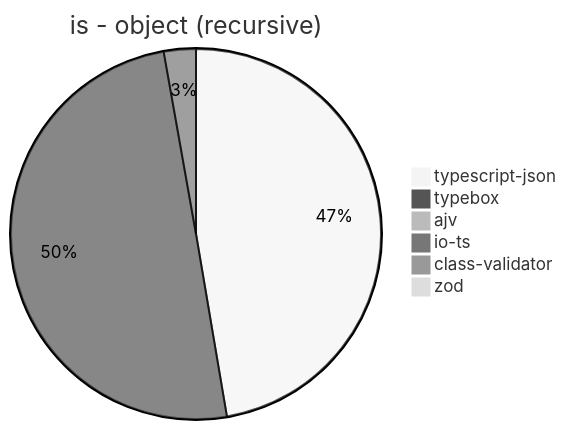
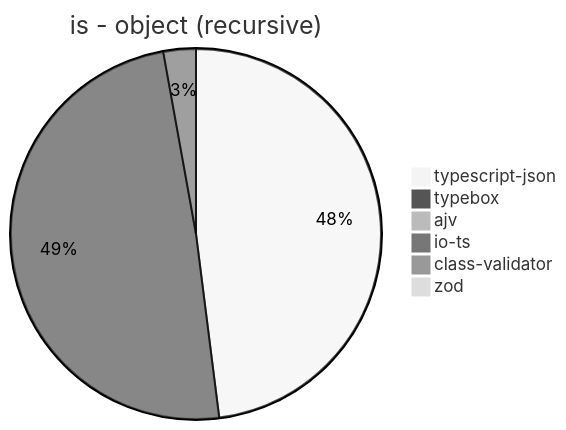
The second of 39 diagrams in benchmark/results/AMD Ryzen 9 5900HX with Radeon Graphics.md (samchon/typia), drawn with Mermaid (neutral theme) before and after one commit. The commit also changed other lines of this file and 3 other files, not shown here.

````diff
--- a/benchmark/results/AMD Ryzen 9 5900HX with Radeon Graphics.md
+++ b/benchmark/results/AMD Ryzen 9 5900HX with Radeon Graphics.md
@@ -32,9 +32,9 @@
 ```mermaid
 pie title is - object (recursive)
-  "typescript-json": 80975.26113249038
-  "typebox": 85332.54631311297
+  "typescript-json": 84088.05147058822
+  "typebox": 86140.84003574621
   "ajv": 0
-  "io-ts": 4780.326665443201
-  "class-validator": 43.40567612687813
-  "zod": 72.08196121478228
+  "io-ts": 4969.303201506592
+  "class-validator": 41.51010914295938
+  "zod": 74.92039707810451
 ```
````
